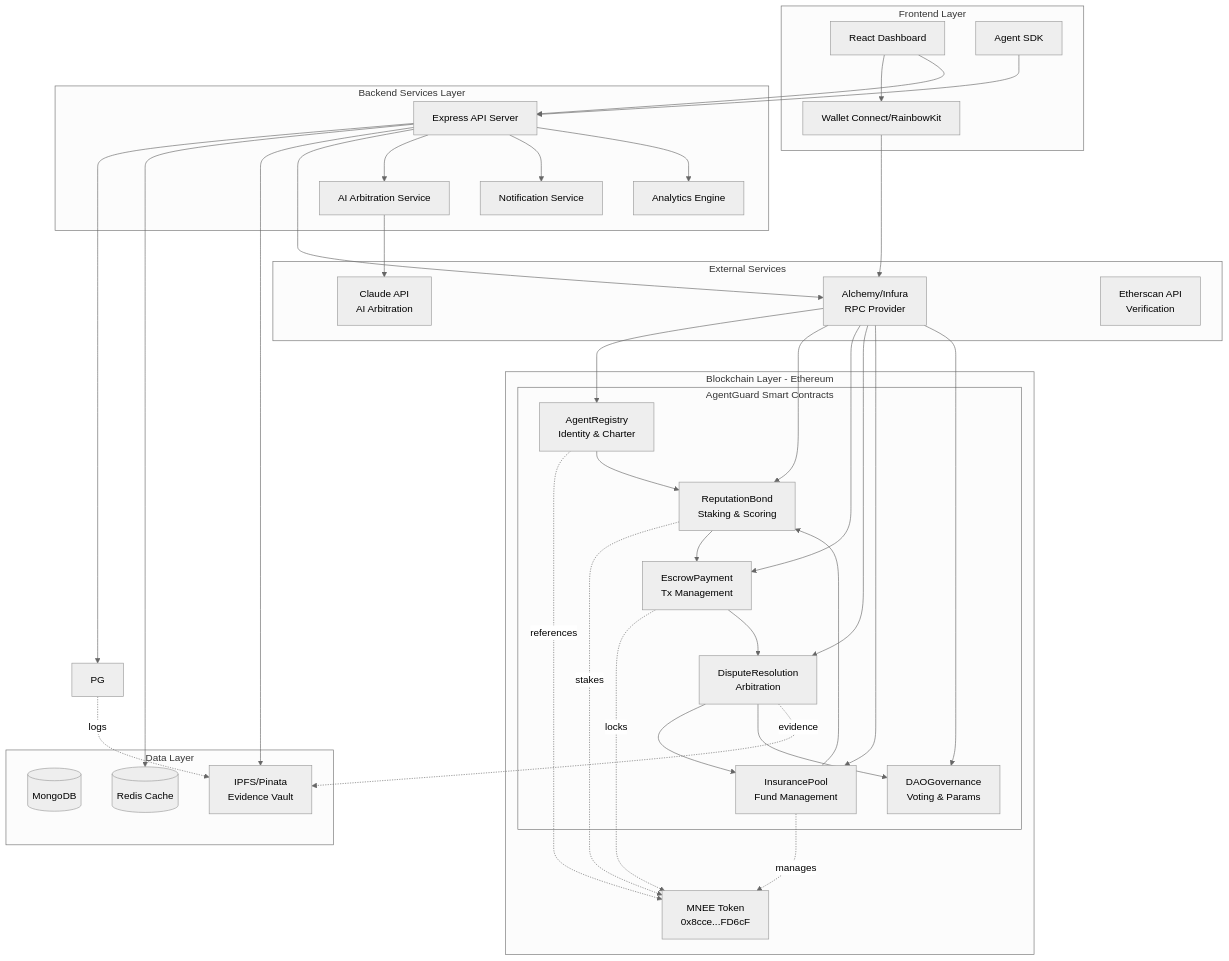
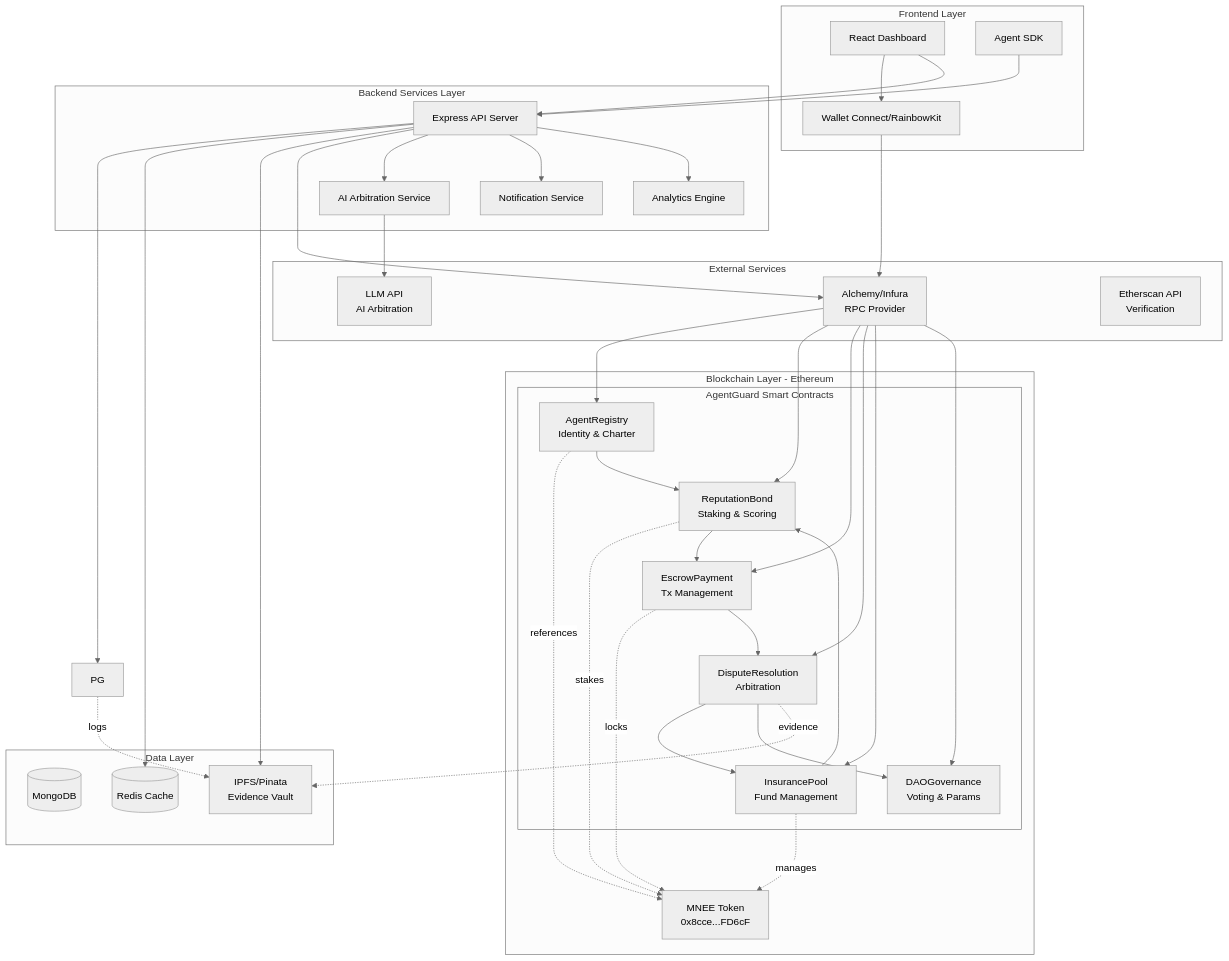
The diagram in README.md (Teewa56/AgentGaurd), drawn with Mermaid (neutral theme) before and after one commit. The commit also changed other lines of this file and 18 other files, not shown here.

````diff
--- a/README.md
+++ b/README.md
@@ -119,76 +119,76 @@
 ```mermaid
 graph TB
     subgraph "Frontend Layer"
         UI[React Dashboard]
         WC[Wallet Connect/RainbowKit]
         SDK[Agent SDK]
     end
 
     subgraph "Backend Services Layer"
         API[Express API Server]
         ARB[AI Arbitration Service]
         NOTIF[Notification Service]
         ANALYTICS[Analytics Engine]
     end
 
     subgraph "Data Layer"
         MD[(MongoDB)]
         REDIS[(Redis Cache)]
         IPFS[IPFS/Pinata<br/>Evidence Vault]
     end
 
     subgraph "Blockchain Layer - Ethereum"
         MNEE[MNEE Token<br/>0x8cce...FD6cF]
         
         subgraph "AgentGuard Smart Contracts"
             REG[AgentRegistry<br/>Identity & Charter]
             BOND[ReputationBond<br/>Staking & Scoring]
             ESC[EscrowPayment<br/>Tx Management]
             DISP[DisputeResolution<br/>Arbitration]
             POOL[InsurancePool<br/>Fund Management]
             GOV[DAOGovernance<br/>Voting & Params]
         end
     end
 
     subgraph "External Services"
-        CLAUDE[Claude API<br/>AI Arbitration]
+        LLM[LLM API<br/>AI Arbitration]
         ALCHEMY[Alchemy/Infura<br/>RPC Provider]
         ETHERSCAN[Etherscan API<br/>Verification]
     end
 
     UI --> WC
     UI --> API
     SDK --> API
     WC --> ALCHEMY
     
     API --> PG
     API --> REDIS
     API --> IPFS
     API --> ALCHEMY
-    ARB --> CLAUDE
+    ARB --> LLM
     API --> ARB
     API --> NOTIF
     API --> ANALYTICS
     
     ALCHEMY --> REG
     ALCHEMY --> BOND
     ALCHEMY --> ESC
     ALCHEMY --> DISP
     ALCHEMY --> POOL
     ALCHEMY --> GOV
     
     REG -.references.-> MNEE
     BOND -.stakes.-> MNEE
     ESC -.locks.-> MNEE
     POOL -.manages.-> MNEE
     
     REG --> BOND
     BOND --> ESC
     ESC --> DISP
     DISP --> POOL
     DISP --> GOV
     POOL --> BOND
     
     PG -.logs.-> IPFS
     DISP -.evidence.-> IPFS
 ```
````
